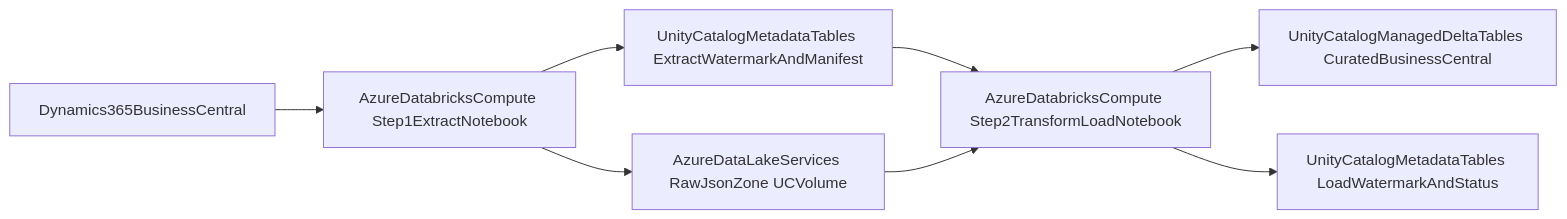
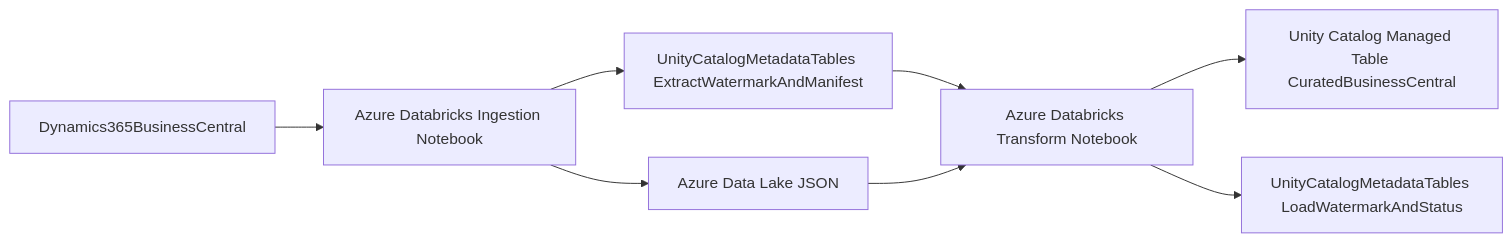
The diagram in README.md (onno101/ExtractBCtoDatabricks), drawn with Mermaid before and after one commit.

````diff
--- a/README.md
+++ b/README.md
@@ -26,10 +26,10 @@
 ```mermaid
 flowchart LR
-    businessCentral["Dynamics365BusinessCentral"] --> step1["AzureDatabricksCompute Step1ExtractNotebook"]
-    step1 --> rawStorage["AzureDataLakeServices RawJsonZone UCVolume"]
+    businessCentral["Dynamics365BusinessCentral"] --> step1["Azure Databricks Ingestion Notebook"]
+    step1 --> rawStorage["Azure Data Lake JSON"]
     step1 --> metadata["UnityCatalogMetadataTables ExtractWatermarkAndManifest"]
-    metadata --> step2["AzureDatabricksCompute Step2TransformLoadNotebook"]
+    metadata --> step2["Azure Databricks Transform Notebook"]
     rawStorage --> step2
-    step2 --> managedTables["UnityCatalogManagedDeltaTables CuratedBusinessCentral"]
+    step2 --> managedTables["Unity Catalog Managed Table CuratedBusinessCentral"]
     step2 --> loadMetadata["UnityCatalogMetadataTables LoadWatermarkAndStatus"]
 ```
````
